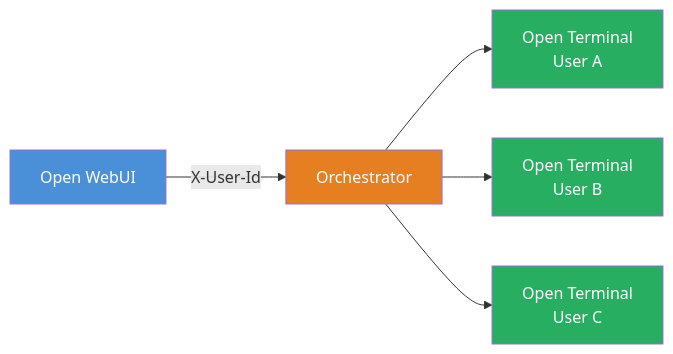
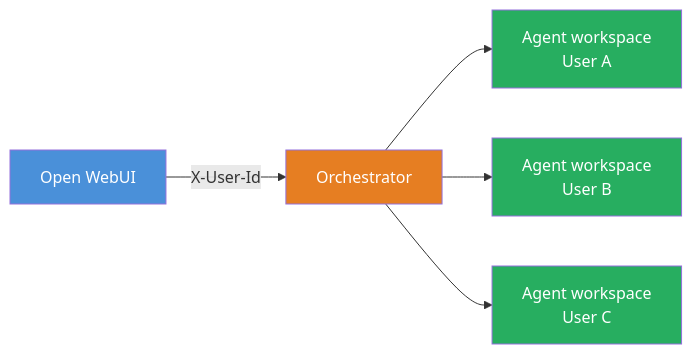
Before and after one commit to open-webui/docs: the diagram in docs/features/open-terminal/terminals/index.mdx, drawn with Mermaid. The commit also changed other lines of this file and 3 other files, not shown here.

````diff
--- a/docs/features/open-terminal/terminals/index.mdx
+++ b/docs/features/open-terminal/terminals/index.mdx
@@ -20,15 +22,15 @@
 ```mermaid
 flowchart LR
     OW["Open WebUI"]
     OR["Orchestrator"]
     OW -->|X-User-Id| OR
-    OR --> TA["Open Terminal<br/>User A"]
-    OR --> TB["Open Terminal<br/>User B"]
-    OR --> TC["Open Terminal<br/>User C"]
+    OR --> TA["Agent workspace<br/>User A"]
+    OR --> TB["Agent workspace<br/>User B"]
+    OR --> TC["Agent workspace<br/>User C"]
 
     style OW fill:#4a90d9,color:#fff
     style OR fill:#e67e22,color:#fff
     style TA fill:#27ae60,color:#fff
     style TB fill:#27ae60,color:#fff
     style TC fill:#27ae60,color:#fff
 ```
````
